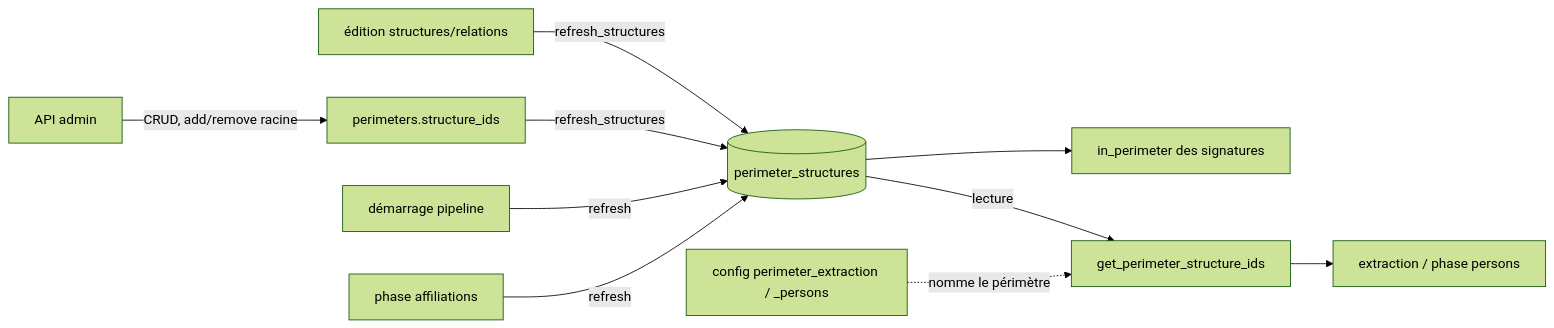
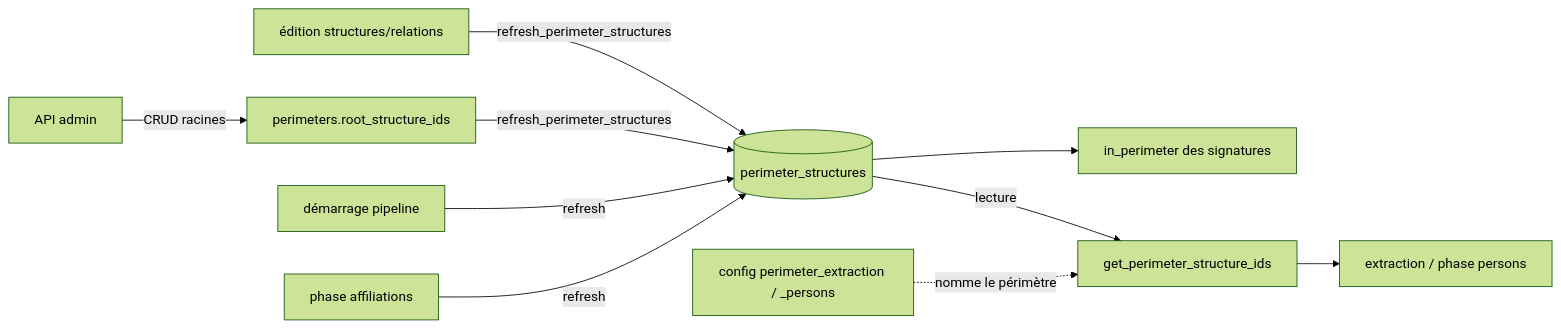
The diagram in docs/agregats/perimeters.md (Y33sha/bibliometrie-uca), drawn with Mermaid (forest theme) before and after one commit. The commit also changed other lines of this file and 6 other files, not shown here.

````diff
--- a/docs/agregats/perimeters.md
+++ b/docs/agregats/perimeters.md
@@ -18,12 +18,12 @@
 ```mermaid
 flowchart LR
-    ADM[API admin] -->|CRUD, add/remove racine| P[perimeters.structure_ids]
-    STR[édition structures/relations] -->|refresh_structures| PS[(perimeter_structures)]
-    P -->|refresh_structures| PS
+    ADM[API admin] -->|CRUD racines| P[perimeters.root_structure_ids]
+    STR[édition structures/relations] -->|refresh_perimeter_structures| PS[(perimeter_structures)]
+    P -->|refresh_perimeter_structures| PS
     START[démarrage pipeline] -->|refresh| PS
     AFF[phase affiliations] -->|refresh| PS
     PS --> INP[in_perimeter des signatures]
     PS -->|lecture| LIVE[get_perimeter_structure_ids]
     LIVE --> USE[extraction / phase persons]
     CFG[config perimeter_extraction / _persons] -.nomme le périmètre.-> LIVE
 ```
````
